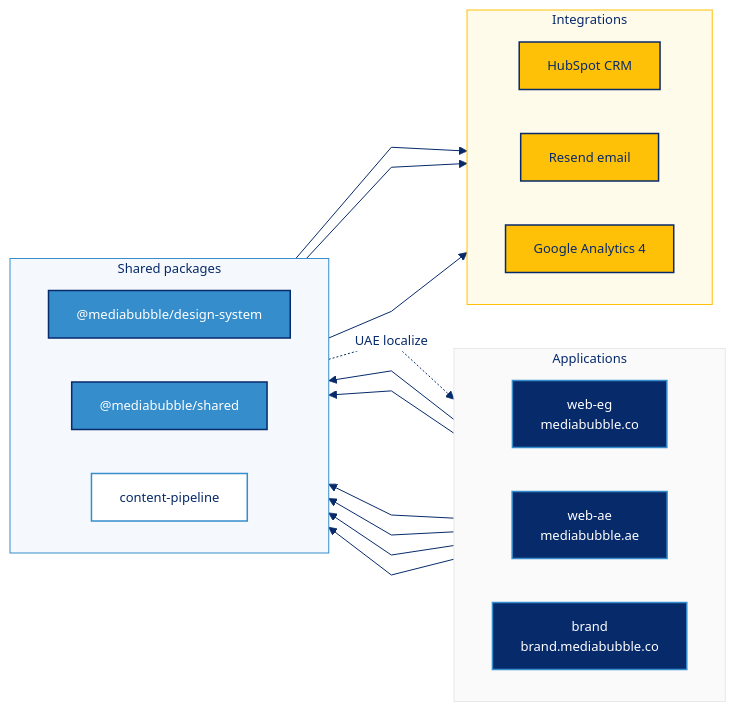
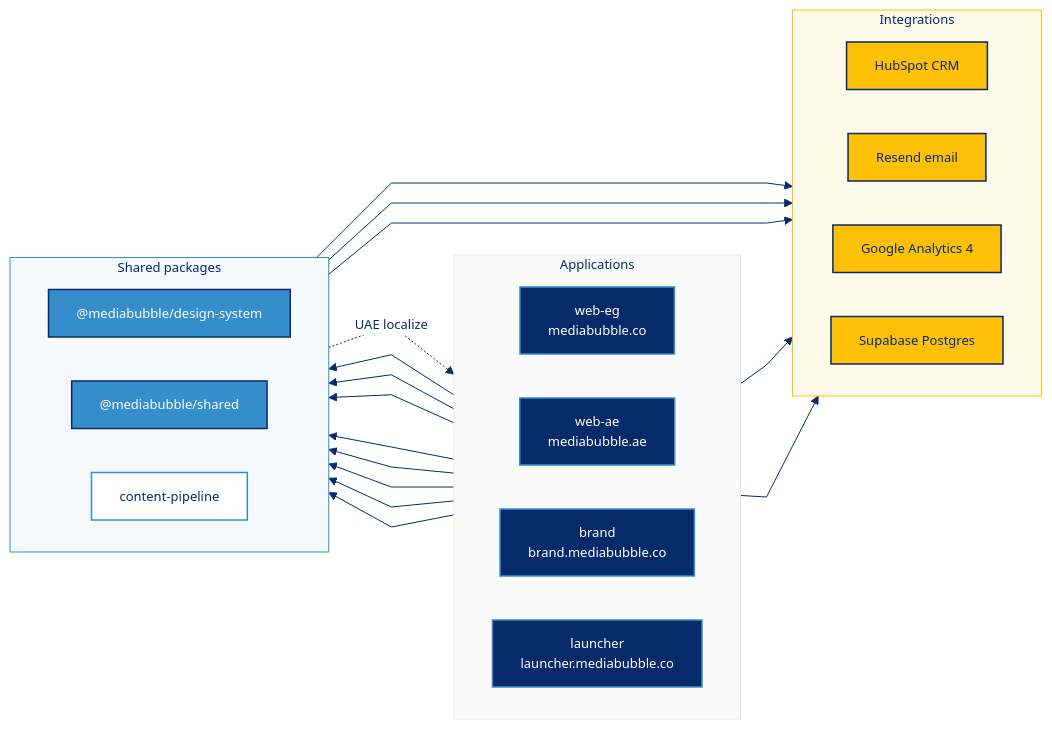
Before and after one commit to mediabubble-adv/mediaBubble: the diagram in README.md, drawn with Mermaid. The commit also changed other lines of this file, not shown here.

First line of the commit message:
docs: add launcher to root README

````diff
--- a/README.md
+++ b/README.md
@@ -59,43 +74,47 @@
 ```mermaid
 %%{init: {"theme":"base","themeVariables":{"fontFamily":"Poppins, Inter, system-ui, sans-serif","fontSize":"13px","lineColor":"#072A6B","primaryTextColor":"#072A6B","primaryBorderColor":"#358DCC","clusterBkg":"#FAFAFA","clusterBorder":"#E8E8E8","titleColor":"#072A6B","edgeLabelBackground":"#FFFFFF"},"flowchart":{"curve":"linear","nodeSpacing":44,"rankSpacing":52,"padding":14,"diagramPadding":10}}}%%
 flowchart LR
   subgraph apps ["Applications"]
     direction LR
     EG["web-eg<br/>mediabubble.co"]
     AE["web-ae<br/>mediabubble.ae"]
     BR["brand<br/>brand.mediabubble.co"]
+    LA["launcher<br/>launcher.mediabubble.co"]
   end
 
   subgraph packages ["Shared packages"]
     direction LR
     DS["@mediabubble/design-system"]
     SH["@mediabubble/shared"]
     CP["content-pipeline"]
   end
 
   subgraph integrations ["Integrations"]
     direction LR
     HS["HubSpot CRM"]
     RS["Resend email"]
     GA["Google Analytics 4"]
+    DB["Supabase Postgres"]
   end
 
-  EG & AE & BR --> DS
-  EG & AE & BR --> SH
+  EG & AE & BR & LA --> DS
+  EG & AE & BR & LA --> SH
   CP -.->|UAE localize| AE
   SH --> HS & RS & GA
+  LA --> DB
+  LA --> RS
 
   classDef app fill:#072A6B,stroke:#358DCC,color:#FFFFFF,stroke-width:1.5px
   classDef pkg fill:#358DCC,stroke:#072A6B,color:#FFFFFF,stroke-width:1.5px
   classDef pipe fill:#FFFFFF,stroke:#358DCC,color:#072A6B,stroke-width:1.5px
   classDef integration fill:#FFC107,stroke:#072A6B,color:#072A6B,stroke-width:1.5px
 
-  class EG,AE,BR app
+  class EG,AE,BR,LA app
   class DS,SH pkg
   class CP pipe
-  class HS,RS,GA integration
+  class HS,RS,GA,DB integration
 
   style apps fill:#FAFAFA,stroke:#E8E8E8,stroke-width:1px,color:#072A6B
   style packages fill:#F5F8FC,stroke:#358DCC,stroke-width:1px,color:#072A6B
   style integrations fill:#FFFBEB,stroke:#FFC107,stroke-width:1px,color:#072A6B
 ```
````
